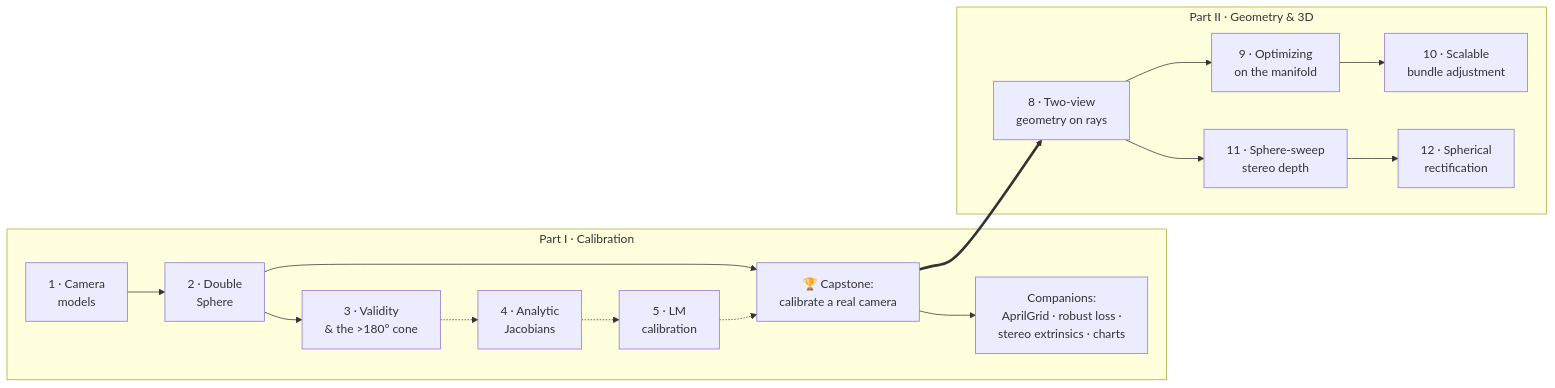
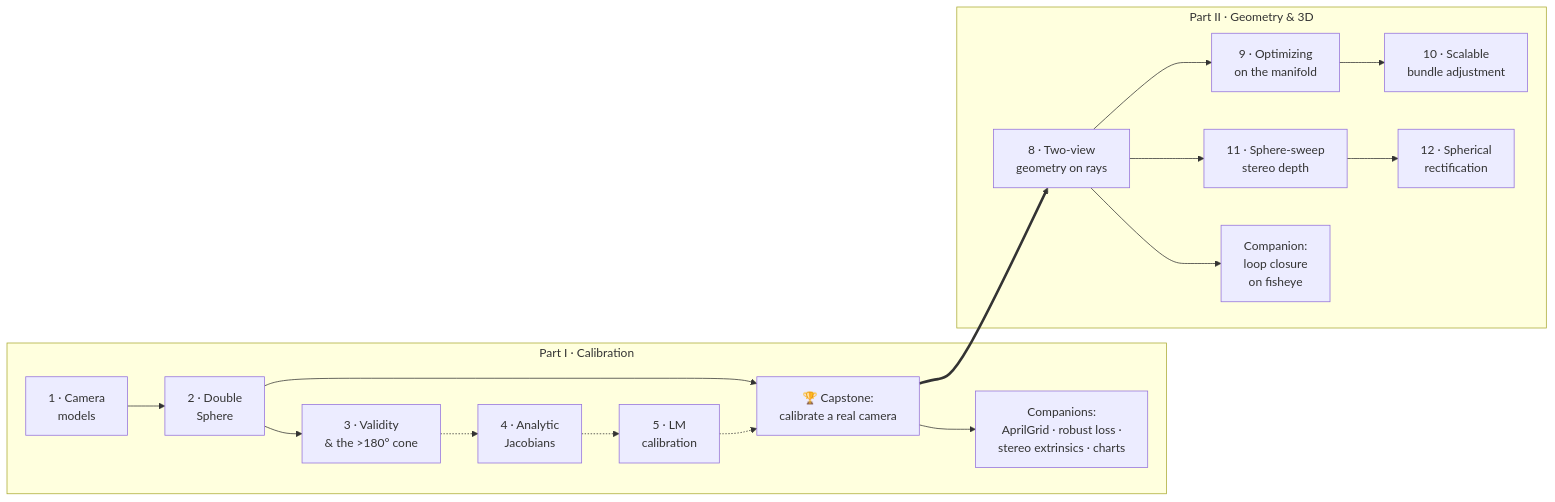
One commit to Munna-Manoj/DS-MSP changed the diagram in docs/learn/README.md. Above: the diagram before and after it, drawn with Mermaid. The commit also changed other lines of this file and 4 other files, not shown here.

First line of the commit message:
docs(learn): add a fisheye loop-closure companion

````diff
--- a/docs/learn/README.md
+++ b/docs/learn/README.md
@@ -63,19 +63,20 @@
 ```mermaid
 graph LR
     subgraph PI["Part I · Calibration"]
         A1["1 · Camera<br/>models"] --> A2["2 · Double<br/>Sphere"]
         A2 --> A3["3 · Validity<br/>& the >180° cone"]
         A2 --> CAP["🏆 Capstone:<br/>calibrate a real camera"]
         A3 -.-> A4["4 · Analytic<br/>Jacobians"]
         A4 -.-> A5["5 · LM<br/>calibration"]
         A5 -.-> CAP
         CAP --> DD["Companions:<br/>AprilGrid · robust loss ·<br/>stereo extrinsics · charts"]
     end
     subgraph PII["Part II · Geometry &amp; 3D"]
         B8["8 · Two-view<br/>geometry on rays"] --> B9["9 · Optimizing<br/>on the manifold"]
         B9 --> B10["10 · Scalable<br/>bundle adjustment"]
         B8 --> B11["11 · Sphere-sweep<br/>stereo depth"]
         B11 --> B12["12 · Spherical<br/>rectification"]
+        B8 --> LC["Companion:<br/>loop closure<br/>on fisheye"]
     end
     CAP ==> B8
 ```
````
